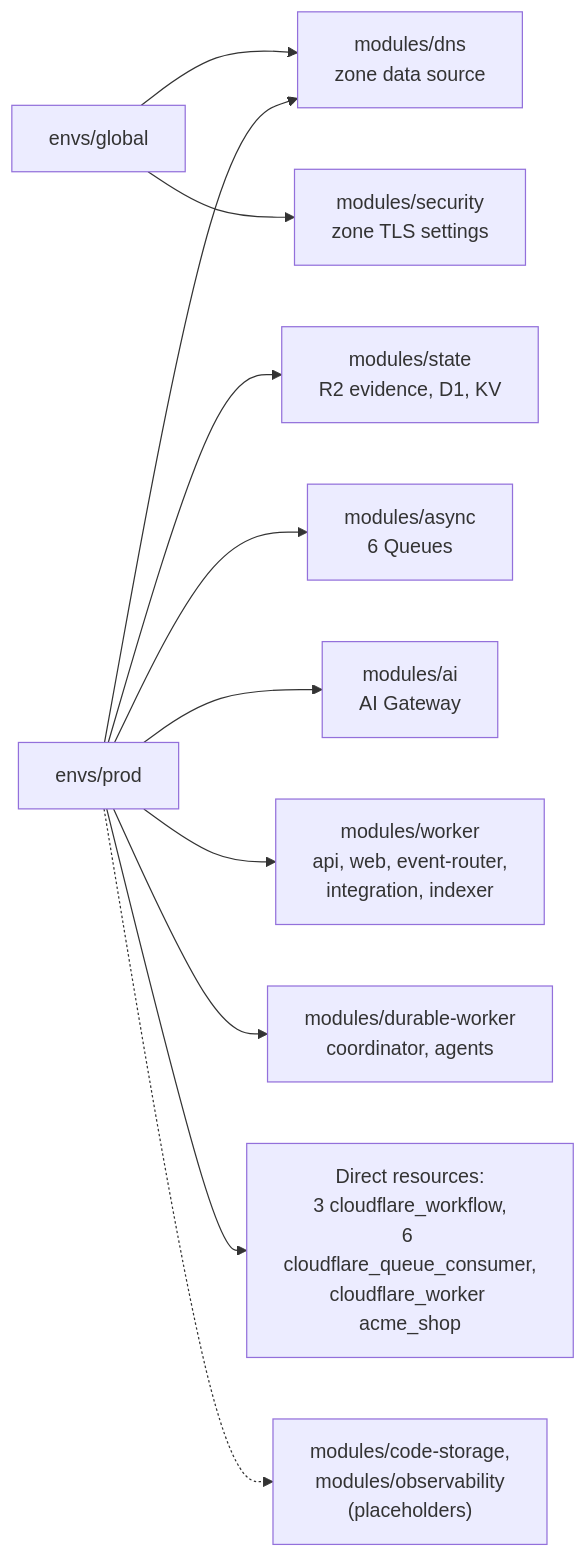
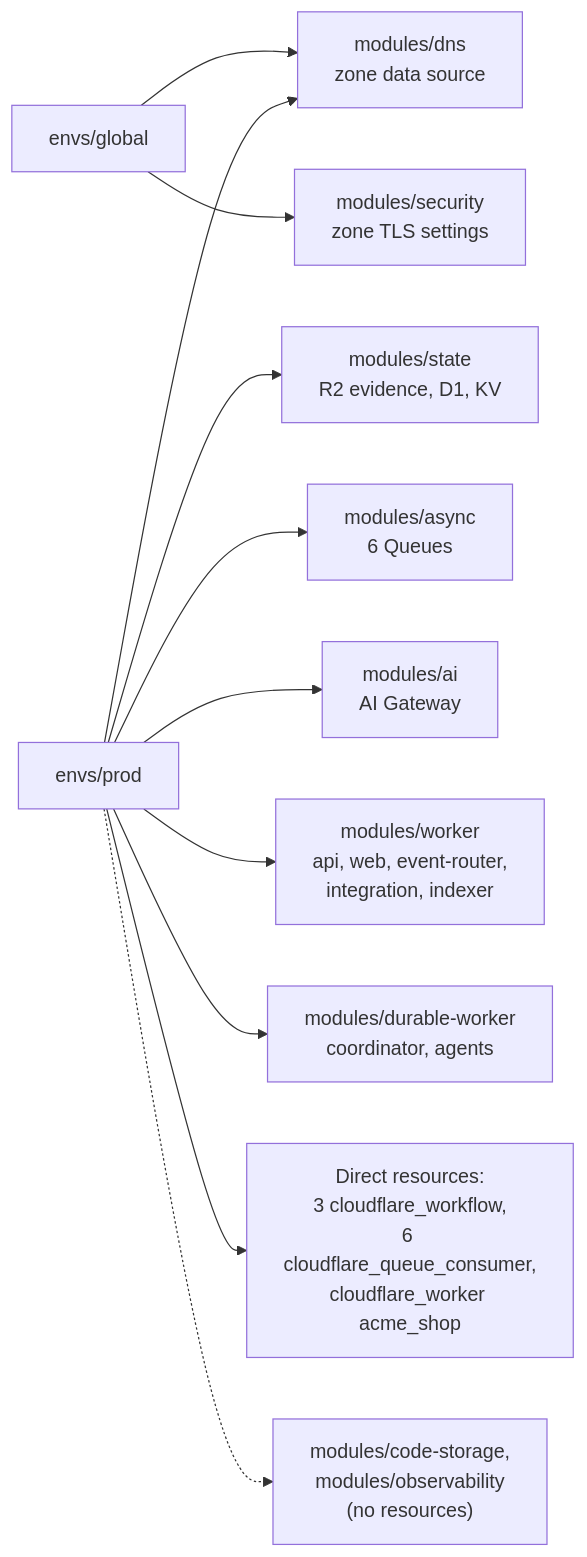
Before and after one commit to nsudhanva/rhumbatron: the second of 6 diagrams in docs/architecture/infrastructure-and-cost.md, drawn with Mermaid. The commit also changed other lines of this file and 12 other files, not shown here.

Commit message:
docs(docs): align readme, architecture, protocols and build status with the code

````diff
--- a/docs/architecture/infrastructure-and-cost.md
+++ b/docs/architecture/infrastructure-and-cost.md
@@ -45,24 +44,24 @@
 ```mermaid
 flowchart LR
   GLOB["envs/global"]
   ENV["envs/prod"]
   DNS["modules/dns<br/>zone data source"]
   SEC["modules/security<br/>zone TLS settings"]
   ST["modules/state<br/>R2 evidence, D1, KV"]
   AS["modules/async<br/>6 Queues"]
   AI["modules/ai<br/>AI Gateway"]
   WK["modules/worker<br/>api, web, event-router,<br/>integration, indexer"]
   DW["modules/durable-worker<br/>coordinator, agents"]
   DIRECT["Direct resources:<br/>3 cloudflare_workflow,<br/>6 cloudflare_queue_consumer,<br/>cloudflare_worker acme_shop"]
-  PH["modules/code-storage,<br/>modules/observability<br/>(placeholders)"]
+  PH["modules/code-storage,<br/>modules/observability<br/>(no resources)"]
   GLOB --> DNS
   GLOB --> SEC
   ENV --> DNS
   ENV --> ST
   ENV --> AS
   ENV --> AI
   ENV --> WK
   ENV --> DW
   ENV --> DIRECT
   ENV -.-> PH
 ```
````
